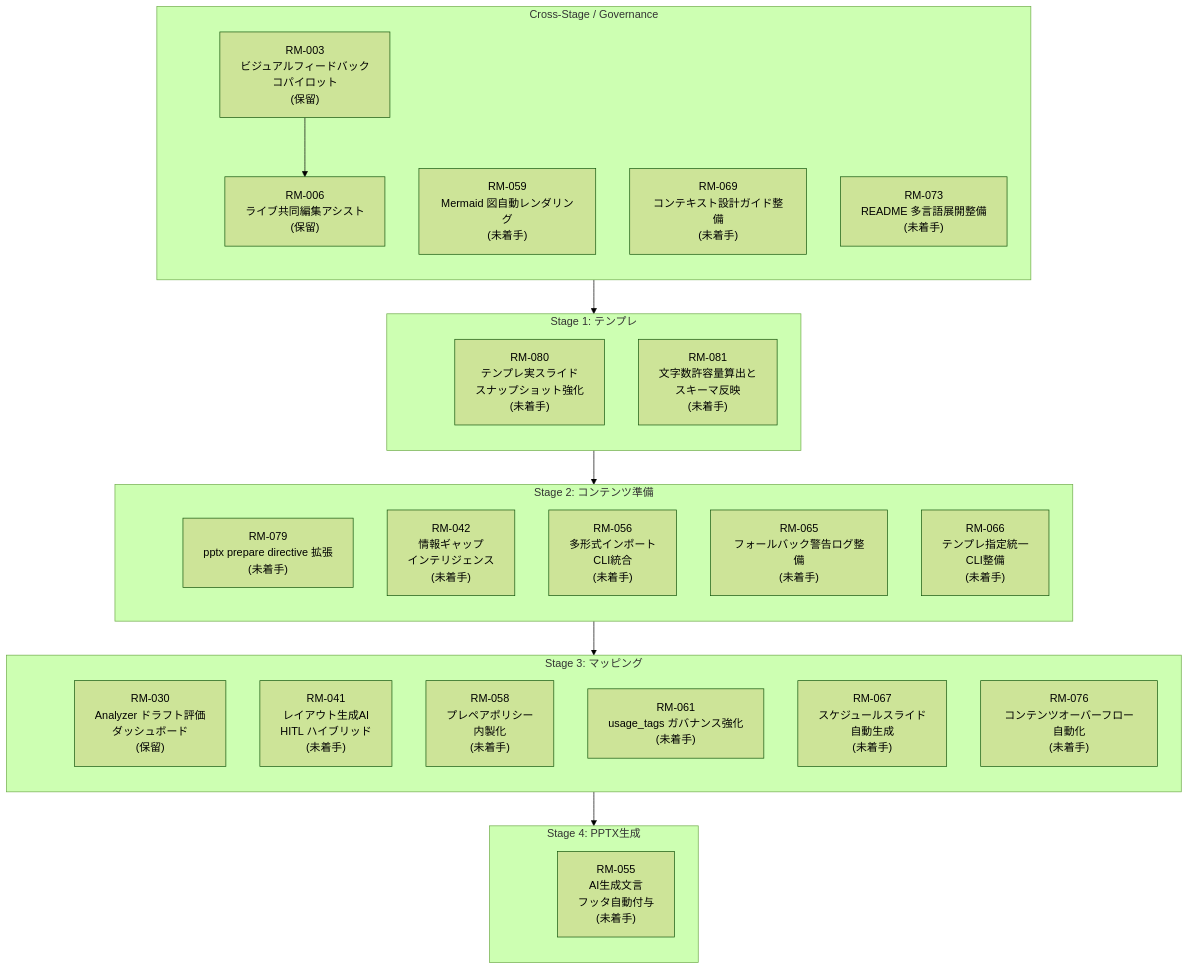
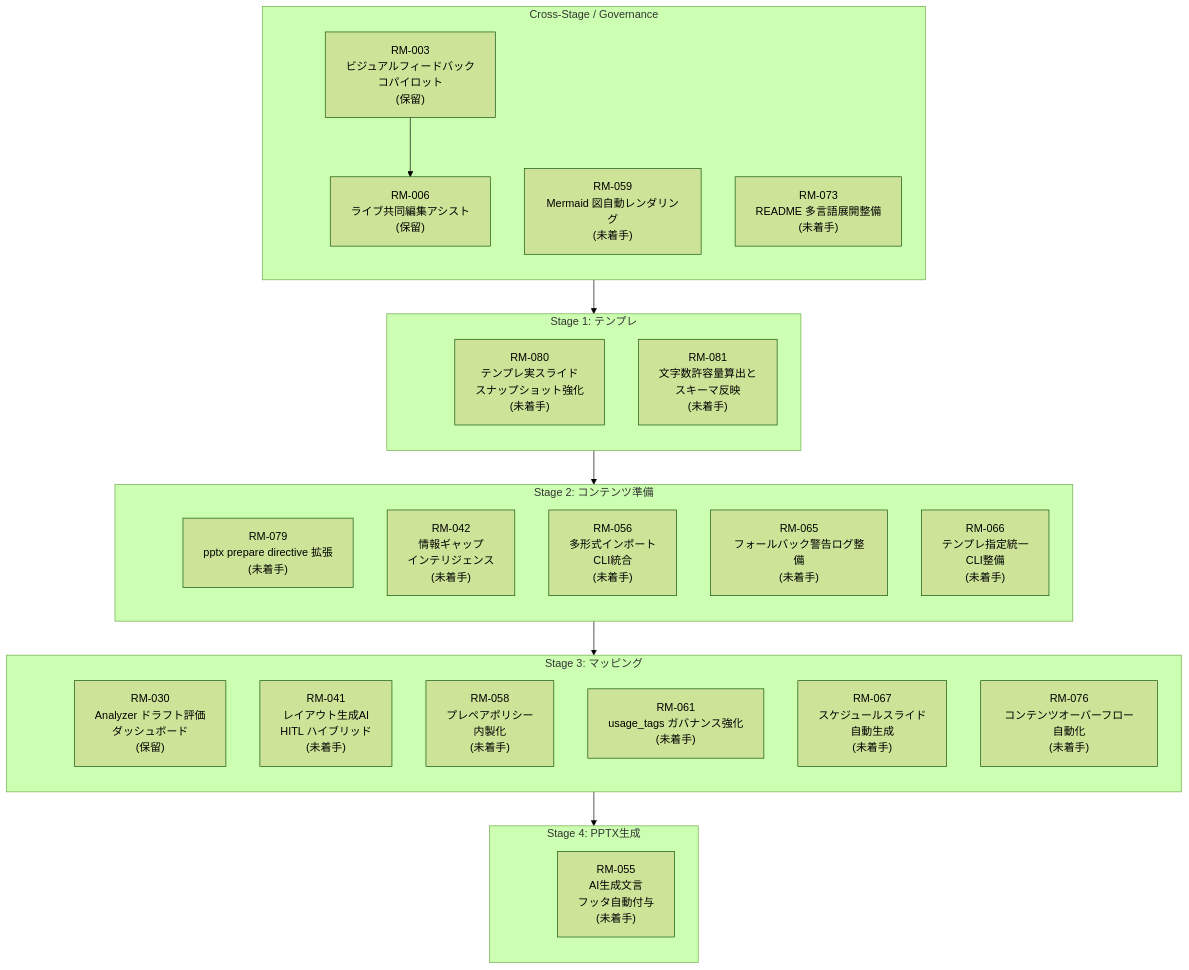
Before and after one commit to yurake/pptx_generator: the diagram in docs/roadmap/roadmap.md, drawn with Mermaid (forest theme). The commit also changed other lines of this file and 102 other files, not shown here.

````diff
--- a/docs/roadmap/roadmap.md
+++ b/docs/roadmap/roadmap.md
@@ -25,56 +25,55 @@
 ```mermaid
 flowchart TB
     subgraph GOV["Cross-Stage / Governance"]
         direction TB
         GOV_ANCHOR(( ))
         RM003["RM-003<br/>ビジュアルフィードバック<br/>コパイロット<br/>(保留)"]
         RM006["RM-006<br/>ライブ共同編集アシスト<br/>(保留)"]
         RM059["RM-059<br/>Mermaid 図自動レンダリング<br/>(未着手)"]
-        RM069["RM-069<br/>コンテキスト設計ガイド整備<br/>(未着手)"]
         RM073["RM-073<br/>README 多言語展開整備<br/>(未着手)"]
     end
 
     subgraph ST1["Stage 1: テンプレ"]
         direction TB
         ST1_ANCHOR(( ))
         RM080["RM-080<br/>テンプレ実スライド<br/>スナップショット強化<br/>(未着手)"]
         RM081["RM-081<br/>文字数許容量算出と<br/>スキーマ反映<br/>(未着手)"]
     end
 
     subgraph ST2["Stage 2: コンテンツ準備"]
         direction TB
         ST2_ANCHOR(( ))
         RM079["RM-079<br/>pptx prepare directive 拡張<br/>(未着手)"]
         RM042["RM-042<br/>情報ギャップ<br/>インテリジェンス<br/>(未着手)"]
         RM056["RM-056<br/>多形式インポート<br/>CLI統合<br/>(未着手)"]
         RM065["RM-065<br/>フォールバック警告ログ整備<br/>(未着手)"]
         RM066["RM-066<br/>テンプレ指定統一<br/>CLI整備<br/>(未着手)"]
     end
 
     subgraph ST3["Stage 3: マッピング"]
         direction TB
         ST3_ANCHOR(( ))
         RM030["RM-030<br/>Analyzer ドラフト評価<br/>ダッシュボード<br/>(保留)"]
         RM041["RM-041<br/>レイアウト生成AI<br/>HITL ハイブリッド<br/>(未着手)"]
         RM058["RM-058<br/>プレペアポリシー<br/>内製化<br/>(未着手)"]
         RM061["RM-061<br/>usage_tags ガバナンス強化<br/>(未着手)"]
         RM067["RM-067<br/>スケジュールスライド<br/>自動生成<br/>(未着手)"]
         RM076["RM-076<br/>コンテンツオーバーフロー自動化<br/>(未着手)"]
     end
 
     subgraph ST4["Stage 4: PPTX生成"]
         direction TB
         ST4_ANCHOR(( ))
         RM055["RM-055<br/>AI生成文言<br/>フッタ自動付与<br/>(未着手)"]
     end
 
     style GOV_ANCHOR fill:transparent,stroke:transparent
     style ST1_ANCHOR fill:transparent,stroke:transparent
     style ST2_ANCHOR fill:transparent,stroke:transparent
     style ST3_ANCHOR fill:transparent,stroke:transparent
     style ST4_ANCHOR fill:transparent,stroke:transparent
 
     GOV_ANCHOR --> ST1_ANCHOR --> ST2_ANCHOR --> ST3_ANCHOR --> ST4_ANCHOR
 
     RM003 --> RM006
 ```
````
